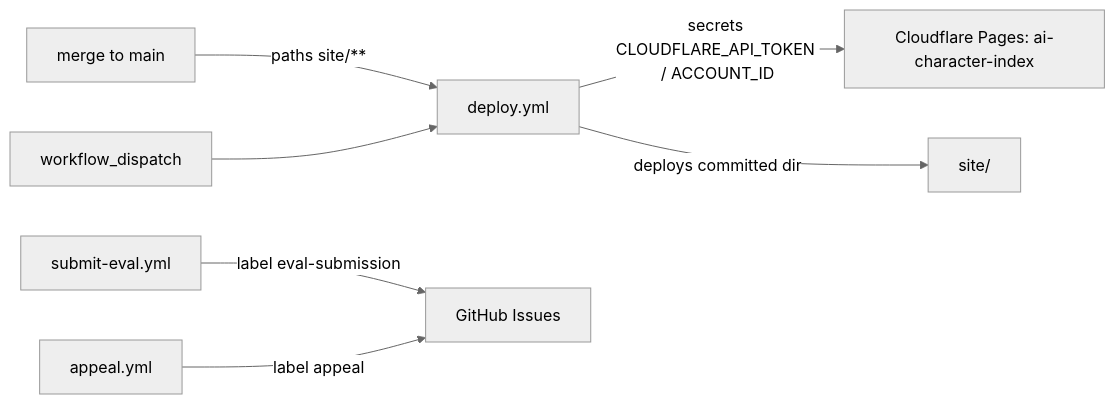
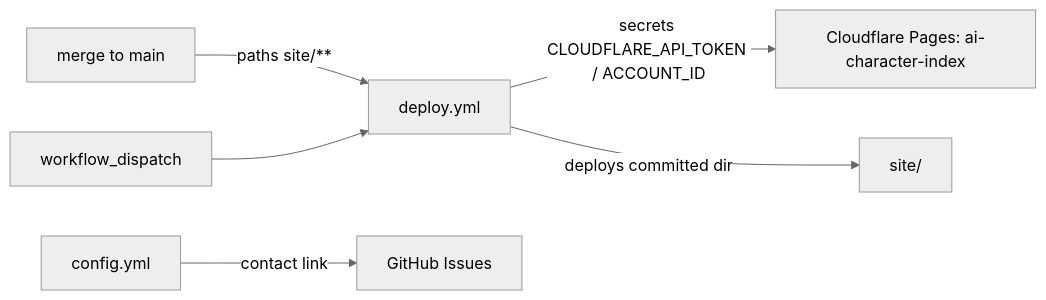
The diagram in .github/OVERVIEW.md (AndresCotton/ai-character-index), drawn with Mermaid (neutral theme) before and after one commit. The commit also changed other lines of this file and 4 other files, not shown here.

````diff
--- a/.github/OVERVIEW.md
+++ b/.github/OVERVIEW.md
@@ -24,9 +22,8 @@
 ```mermaid
 graph LR
   PR[merge to main] -->|paths site/**| DW[deploy.yml]
   WD[workflow_dispatch] --> DW
   DW -->|secrets CLOUDFLARE_API_TOKEN / ACCOUNT_ID| CF[Cloudflare Pages: ai-character-index]
   DW -->|deploys committed dir| SITE[site/]
-  SE[submit-eval.yml] -->|label eval-submission| GH[GitHub Issues]
-  AP[appeal.yml] -->|label appeal| GH
+  CFG[config.yml] -->|contact link| GH[GitHub Issues]
 ```
````
